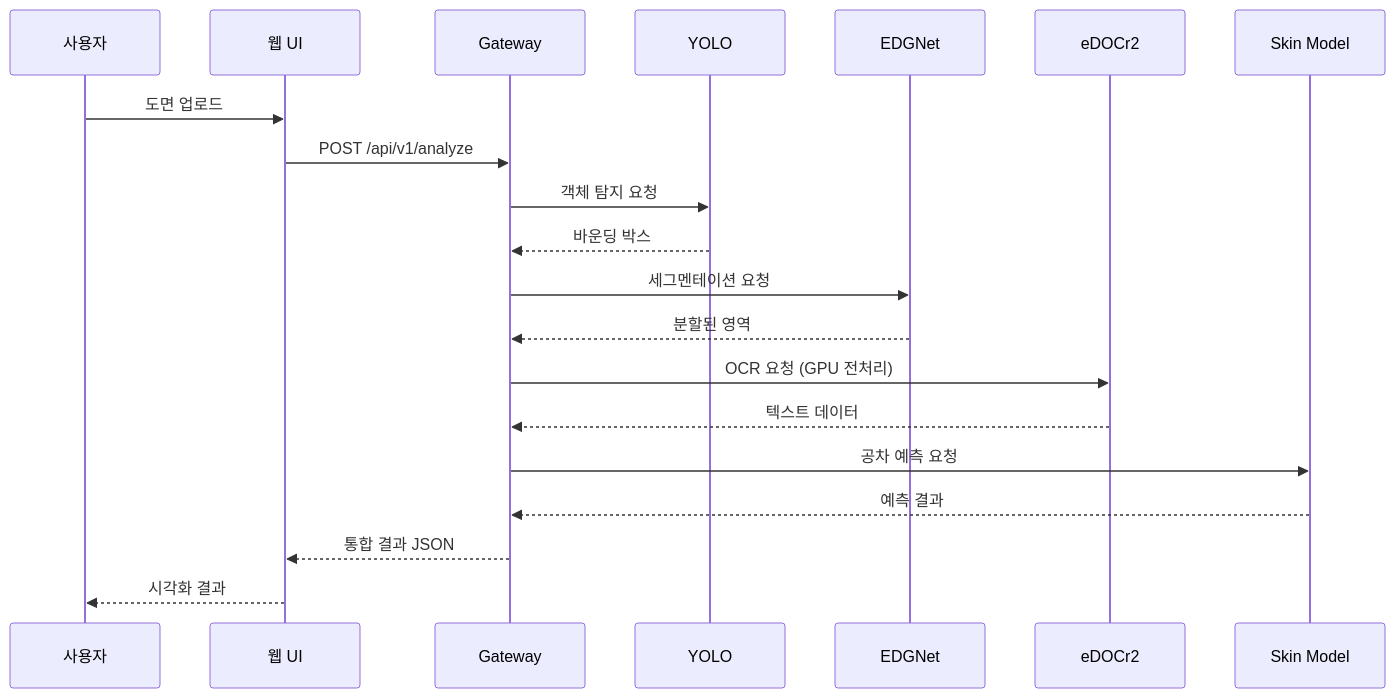
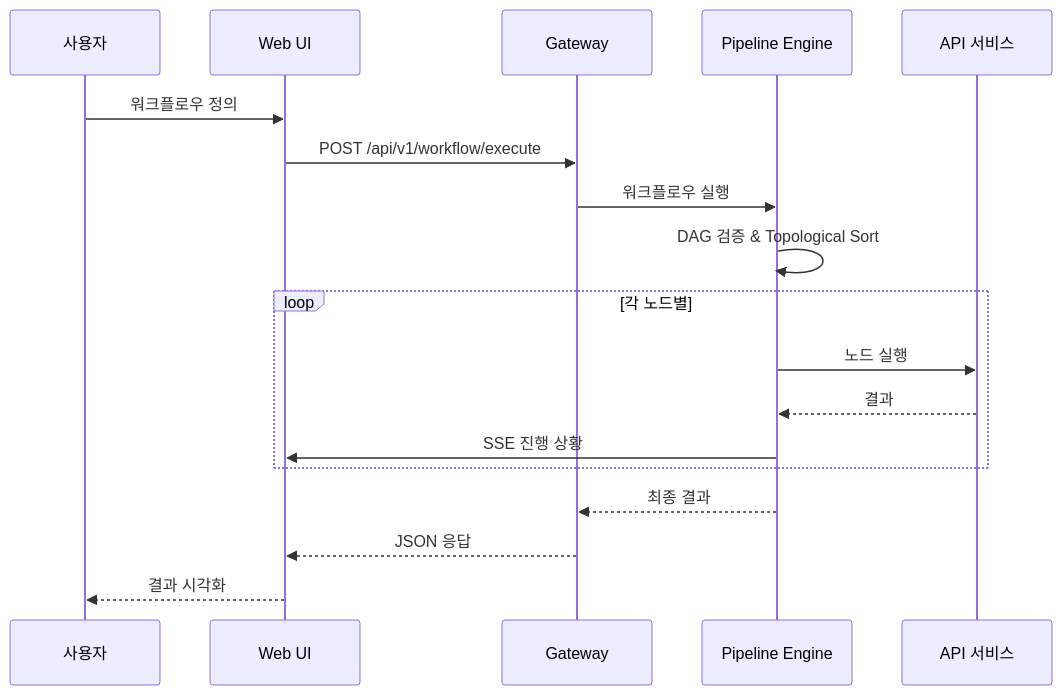
Before and after one commit to uprootai/AX_OCR: the fifth of 6 diagrams in web-ui/public/docs/architecture/system-architecture.md, drawn with Mermaid. The commit also changed other lines of this file and 116 other files, not shown here.

````diff
--- a/web-ui/public/docs/architecture/system-architecture.md
+++ b/web-ui/public/docs/architecture/system-architecture.md
@@ -135,28 +305,24 @@
 ```mermaid
 sequenceDiagram
     participant U as 사용자
-    participant W as 웹 UI
+    participant W as Web UI
     participant G as Gateway
-    participant Y as YOLO
-    participant E as EDGNet
-    participant O as eDOCr2
-    participant S as Skin Model
+    participant PE as Pipeline Engine
+    participant API as API 서비스
 
-    U->>W: 도면 업로드
-    W->>G: POST /api/v1/analyze
+    U->>W: 워크플로우 정의
+    W->>G: POST /api/v1/workflow/execute
 
-    G->>Y: 객체 탐지 요청
-    Y-->>G: 바운딩 박스
+    G->>PE: 워크플로우 실행
+    PE->>PE: DAG 검증 & Topological Sort
 
-    G->>E: 세그멘테이션 요청
-    E-->>G: 분할된 영역
+    loop 각 노드별
+        PE->>API: 노드 실행
+        API-->>PE: 결과
+        PE->>W: SSE 진행 상황
+    end
 
-    G->>O: OCR 요청 (GPU 전처리)
-    O-->>G: 텍스트 데이터
-
-    G->>S: 공차 예측 요청
-    S-->>G: 예측 결과
-
-    G-->>W: 통합 결과 JSON
-    W-->>U: 시각화 결과
+    PE-->>G: 최종 결과
+    G-->>W: JSON 응답
+    W-->>U: 결과 시각화
 ```
````
